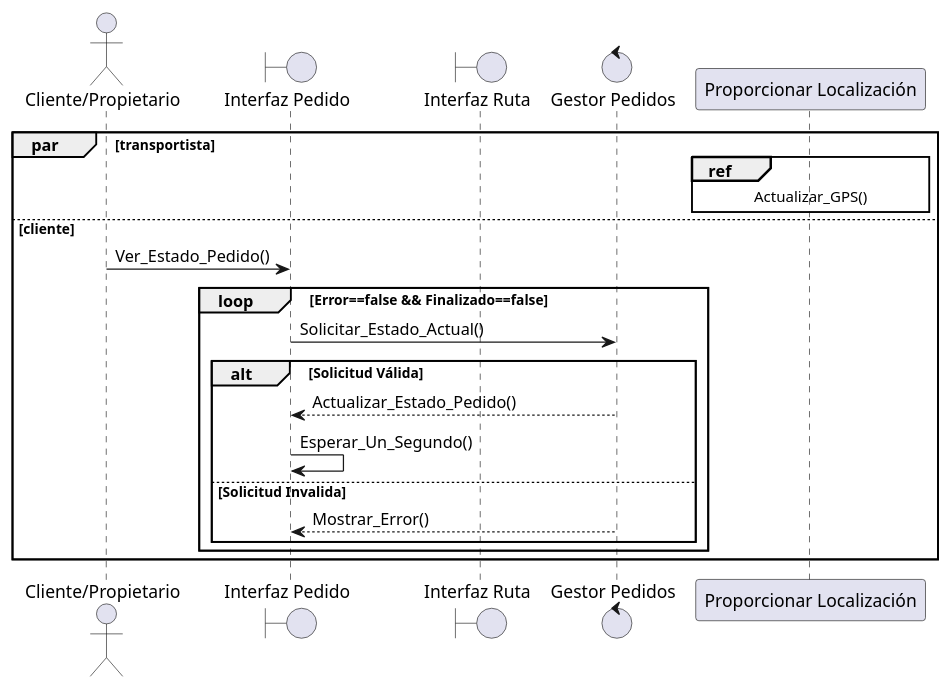
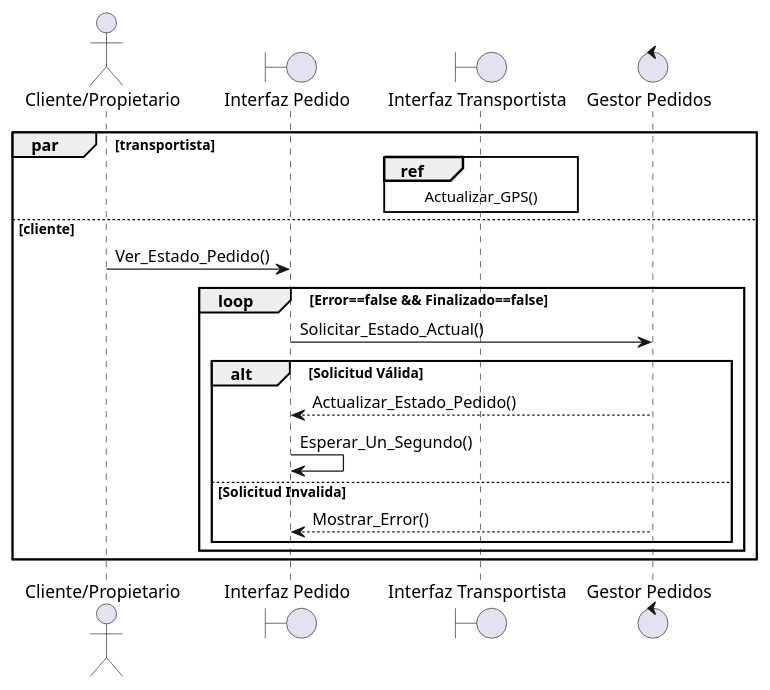
The diagram in others/working-documents/sprint-4/umls/ver estado pedido.plantuml (Ashwrai/Documentation_practice), drawn with PlantUML before and after one commit.

Commit message:
arreglar referencia

```diff
--- a/others/working-documents/sprint-4/umls/ver estado pedido.plantuml
+++ b/others/working-documents/sprint-4/umls/ver estado pedido.plantuml
@@ -7,21 +7,21 @@
 @startuml Ver estado pedido
 actor "Cliente/Propietario"
 boundary "Interfaz Pedido"
-boundary "Interfaz Ruta"
+boundary "Interfaz Transportista"
 control "Gestor Pedidos"
 
 par transportista
-    ref over "Proporcionar Localización": Actualizar_GPS()
+    ref over "Interfaz Transportista": Actualizar_GPS()
     else cliente
     "Cliente/Propietario"->"Interfaz Pedido": Ver_Estado_Pedido()
     loop Error==false && Finalizado==false
         "Interfaz Pedido" -> "Gestor Pedidos": Solicitar_Estado_Actual()
         alt Solicitud Válida
             "Gestor Pedidos" --> "Interfaz Pedido": Actualizar_Estado_Pedido()
             "Interfaz Pedido" -> "Interfaz Pedido": Esperar_Un_Segundo()
         else Solicitud Invalida
             "Gestor Pedidos" --> "Interfaz Pedido": Mostrar_Error()
         end
     end
 end
 @enduml
```
